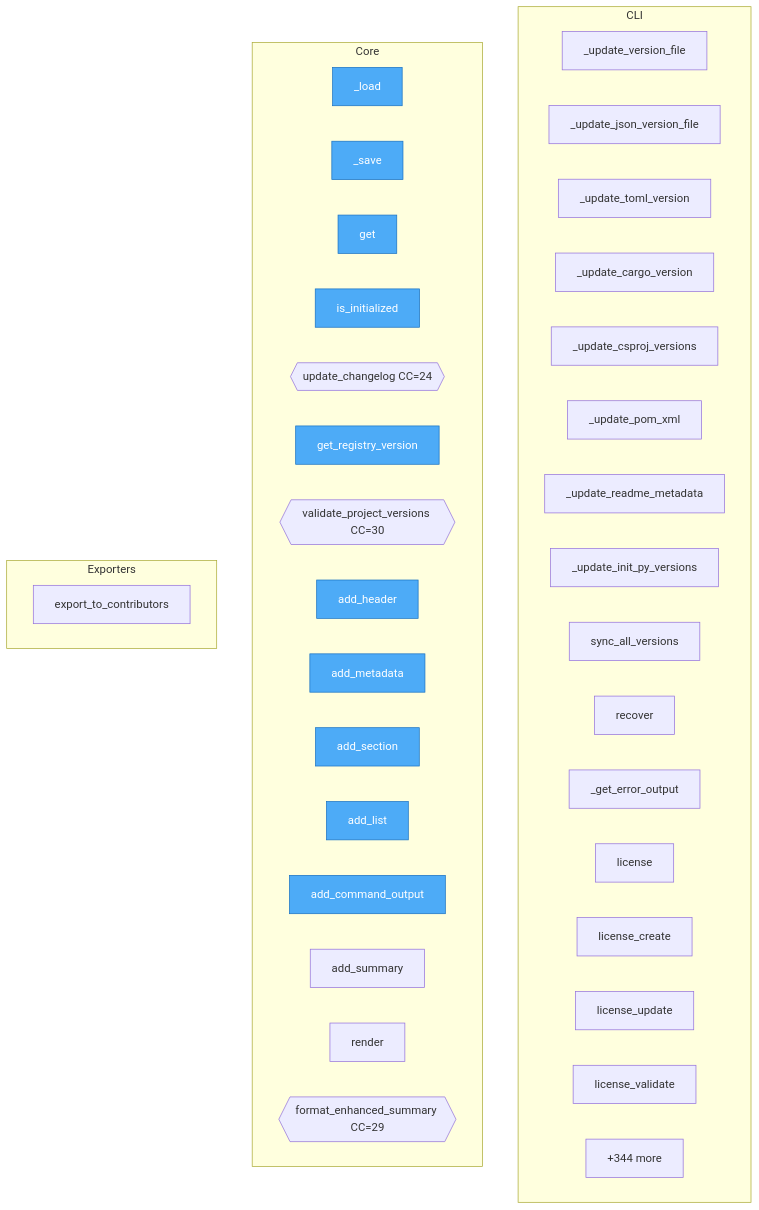
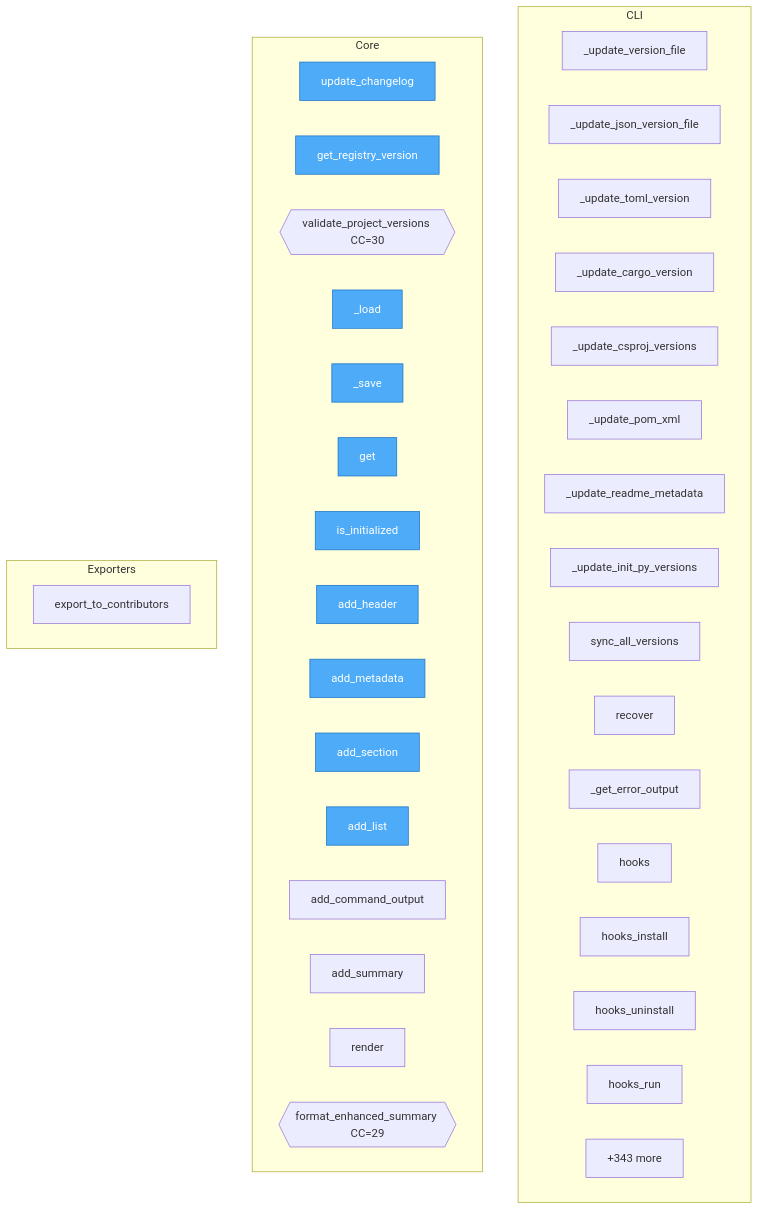
One commit to wronai/goal changed the diagram in project/flow.mmd. Above: the diagram before and after it, drawn with Mermaid. The commit also changed 23 other files, not shown here.

```diff
--- a/project/flow.mmd
+++ b/project/flow.mmd
@@ -1,48 +1,48 @@
 flowchart TD
 
     %% Entry points (blue)
     classDef entry fill:#4dabf7,stroke:#1971c2,color:#fff
 
     subgraph CLI
         goal__cli__version_sync___update_version_file["_update_version_file"]
         goal__cli__version_sync___update_json_version_file["_update_json_version_file"]
         goal__cli__version_sync___update_toml_version["_update_toml_version"]
         goal__cli__version_sync___update_cargo_version["_update_cargo_version"]
         goal__cli__version_sync___update_csproj_versions["_update_csproj_versions"]
         goal__cli__version_sync___update_pom_xml["_update_pom_xml"]
         goal__cli__version_sync___update_readme_metadata["_update_readme_metadata"]
         goal__cli__version_sync___update_init_py_versions["_update_init_py_versions"]
         goal__cli__version_sync__sync_all_versions["sync_all_versions"]
         goal__cli__recover_cmd__recover["recover"]
         goal__cli__recover_cmd___get_error_output["_get_error_output"]
-        goal__cli__license_cmd__license["license"]
-        goal__cli__license_cmd__license_create["license_create"]
-        goal__cli__license_cmd__license_update["license_update"]
-        goal__cli__license_cmd__license_validate["license_validate"]
-        ...["+81 more"]
+        goal__cli__hooks_cmd__hooks["hooks"]
+        goal__cli__hooks_cmd__hooks_install["hooks_install"]
+        goal__cli__hooks_cmd__hooks_uninstall["hooks_uninstall"]
+        goal__cli__hooks_cmd__hooks_run["hooks_run"]
+        ...["+83 more"]
     end
 
     subgraph Core
+        goal__changelog__update_changelog["update_changelog"]
+        goal__version_validation__get_registry_version["get_registry_version"]
+        goal__version_validation__validate_project_versions{{validate_project_versions CC=30}}
         goal__user_config__UserConfig___load["_load"]
         goal__user_config__UserConfig___save["_save"]
         goal__user_config__UserConfig__get["get"]
         goal__user_config__UserConfig__is_initialized["is_initialized"]
-        goal__changelog__update_changelog{{update_changelog CC=24}}
-        goal__version_validation__get_registry_version["get_registry_version"]
-        goal__version_validation__validate_project_versions{{validate_project_versions CC=30}}
         goal__formatter__MarkdownFormatter__add_header["add_header"]
         goal__formatter__MarkdownFormatter__add_metadata["add_metadata"]
         goal__formatter__MarkdownFormatter__add_section["add_section"]
         goal__formatter__MarkdownFormatter__add_list["add_list"]
         goal__formatter__MarkdownFormatter__add_command_output["add_command_output"]
         goal__formatter__MarkdownFormatter__add_summary["add_summary"]
         goal__formatter__MarkdownFormatter__render["render"]
         goal__formatter__format_enhanced_summary{{format_enhanced_summary CC=29}}
-        ...["+344 more"]
+        ...["+343 more"]
     end
 
     subgraph Exporters
         goal__authors__manager__AuthorsManager__export_to_contributors["export_to_contributors"]
     end
 
-    class goal__user_config__UserConfig___load,goal__user_config__UserConfig___save,goal__user_config__UserConfig__get,goal__user_config__UserConfig__is_initialized,goal__version_validation__get_registry_version,goal__formatter__MarkdownFormatter__add_header,goal__formatter__MarkdownFormatter__add_metadata,goal__formatter__MarkdownFormatter__add_section,goal__formatter__MarkdownFormatter__add_list,goal__formatter__MarkdownFormatter__add_command_output entry
+    class goal__changelog__update_changelog,goal__version_validation__get_registry_version,goal__user_config__UserConfig___load,goal__user_config__UserConfig___save,goal__user_config__UserConfig__get,goal__user_config__UserConfig__is_initialized,goal__formatter__MarkdownFormatter__add_header,goal__formatter__MarkdownFormatter__add_metadata,goal__formatter__MarkdownFormatter__add_section,goal__formatter__MarkdownFormatter__add_list entry
```
